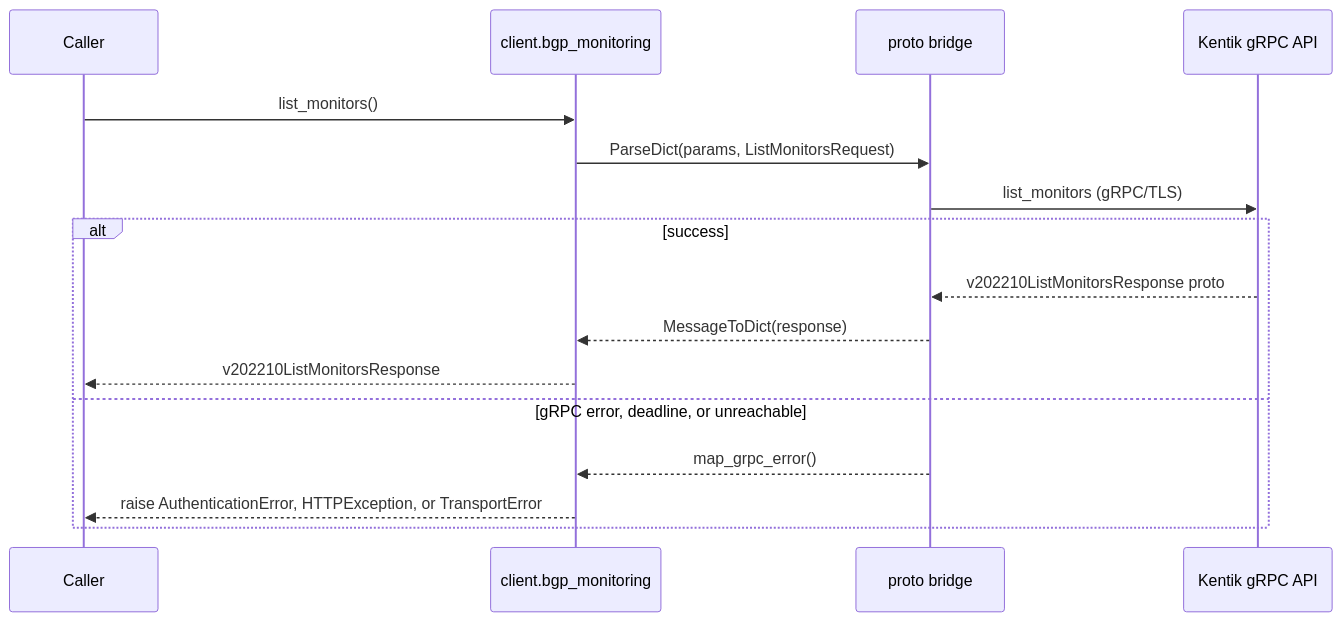
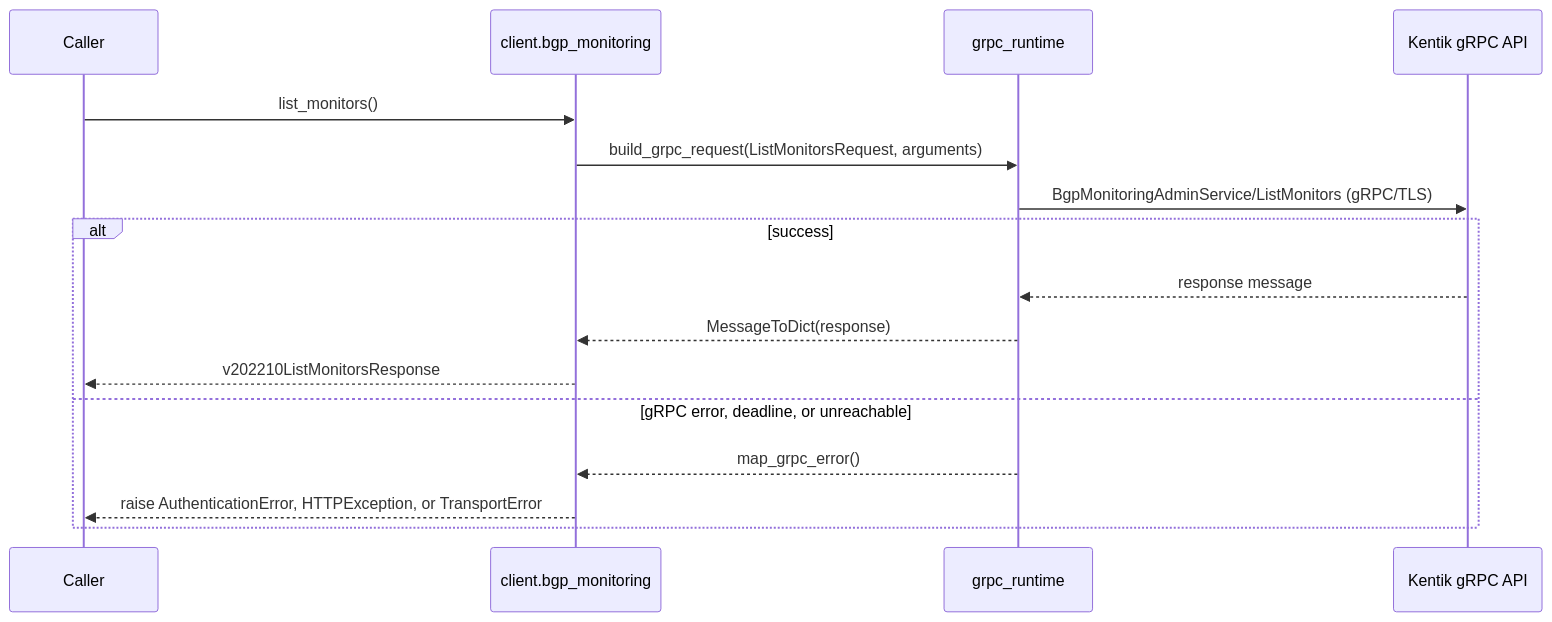
One commit to alexdearaujo/community_sdk_python changed the seventh of 18 diagrams in docs/sphinx/services/bgp_monitoring.md. Above: the diagram before and after it, drawn with Mermaid. The commit also changed other lines of this file and 37 other files, not shown here.

First line of the commit message:
docs: show the real RPC in each service page's gRPC diagram

````diff
--- a/docs/sphinx/services/bgp_monitoring.md
+++ b/docs/sphinx/services/bgp_monitoring.md
@@ -213,19 +213,19 @@
 ```mermaid
 sequenceDiagram
     participant C as Caller
     participant W as client.bgp_monitoring
-    participant B as proto bridge
+    participant R as grpc_runtime
     participant API as Kentik gRPC API
 
     C->>W: list_monitors()
-    W->>B: ParseDict(params, ListMonitorsRequest)
-    B->>API: list_monitors (gRPC/TLS)
+    W->>R: build_grpc_request(ListMonitorsRequest, arguments)
+    R->>API: BgpMonitoringAdminService/ListMonitors (gRPC/TLS)
     alt success
-        API-->>B: v202210ListMonitorsResponse proto
-        B-->>W: MessageToDict(response)
+        API-->>R: response message
+        R-->>W: MessageToDict(response)
         W-->>C: v202210ListMonitorsResponse
     else gRPC error, deadline, or unreachable
-        B-->>W: map_grpc_error()
+        R-->>W: map_grpc_error()
         W-->>C: raise AuthenticationError, HTTPException, or TransportError
     end
 ```
````
